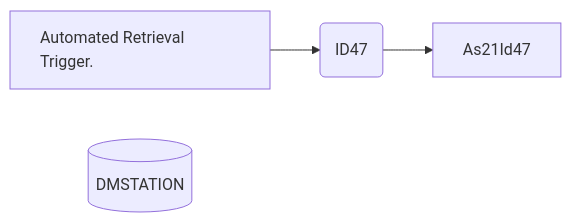
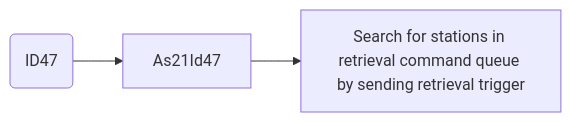
Before and after one commit to luthfiadityaa/SimeDarby-Wiki: the second of 13 diagrams in Basic-Design/DFD-WMS/Retrieval/Stacked-Empty-Pallet.md, drawn with Mermaid. The commit also changed other lines of this file, not shown here.

Commit message:
Updated Stacked Empty Pallet

```diff
--- a/Basic-Design/DFD-WMS/Retrieval/Stacked-Empty-Pallet.md
+++ b/Basic-Design/DFD-WMS/Retrieval/Stacked-Empty-Pallet.md
@@ -51,18 +51,12 @@
 ::: mermaid
 flowchart LR
-    input[
-        Automated Retrieval Trigger.      
-    ]
 
     id66msg("
      ID47
     ")
-    tableList-update[("
-        DMSTATION
-    ")]
 
-    input -->id66msg-->As21Id47
+    id66msg-->As21Id47-->P1[Search for stations in retrieval command queue by sending retrieval trigger]
 
     classDef leftAlign text-align:left;
     class input leftAlign;
 :::
```
